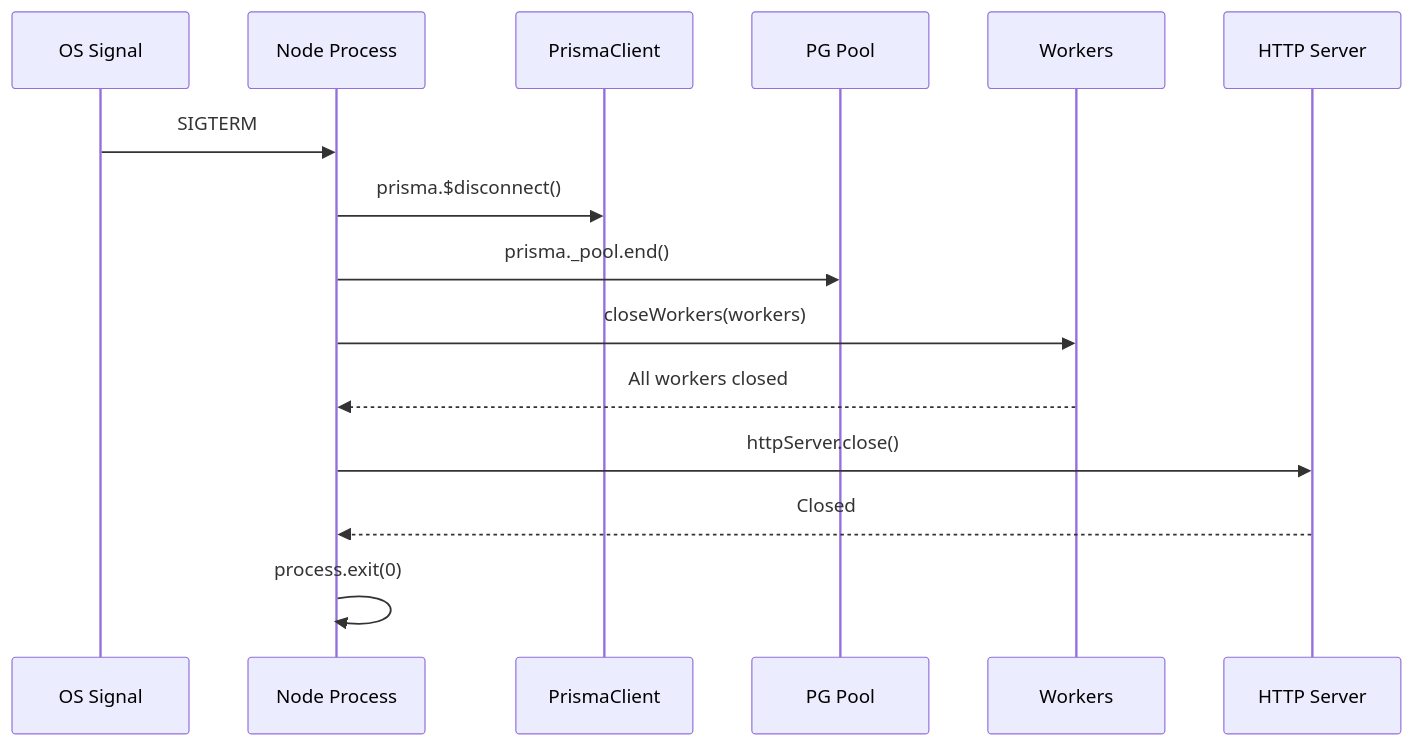
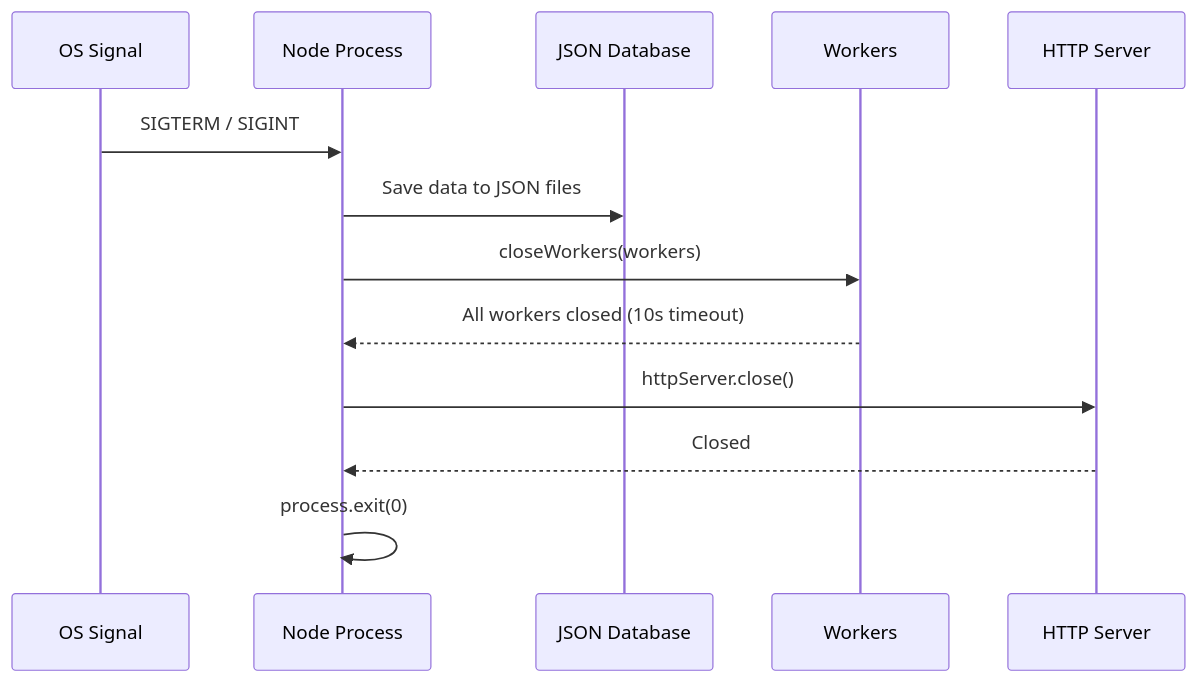
Before and after one commit to themanoj-025/Match-Mind: the fourth of 8 diagrams in PROJECT_OVERVIEW.md, drawn with Mermaid. The commit also changed other lines of this file and 52 other files, not shown here.

````diff
--- a/PROJECT_OVERVIEW.md
+++ b/PROJECT_OVERVIEW.md
@@ -953,18 +954,16 @@
 ```mermaid
 sequenceDiagram
     participant OS as OS Signal
     participant Process as Node Process
-    participant Prisma as PrismaClient
-    participant Pool as PG Pool
+    participant DB as JSON Database
     participant BullMQ as Workers
     participant HTTP as HTTP Server
 
-    OS->>Process: SIGTERM
-    Process->>Prisma: prisma.$disconnect()
-    Process->>Pool: prisma._pool.end()
+    OS->>Process: SIGTERM / SIGINT
+    Process->>DB: Save data to JSON files
     Process->>BullMQ: closeWorkers(workers)
-    BullMQ-->>Process: All workers closed
+    BullMQ-->>Process: All workers closed (10s timeout)
     Process->>HTTP: httpServer.close()
     HTTP-->>Process: Closed
     Process->>Process: process.exit(0)
 ```
````
